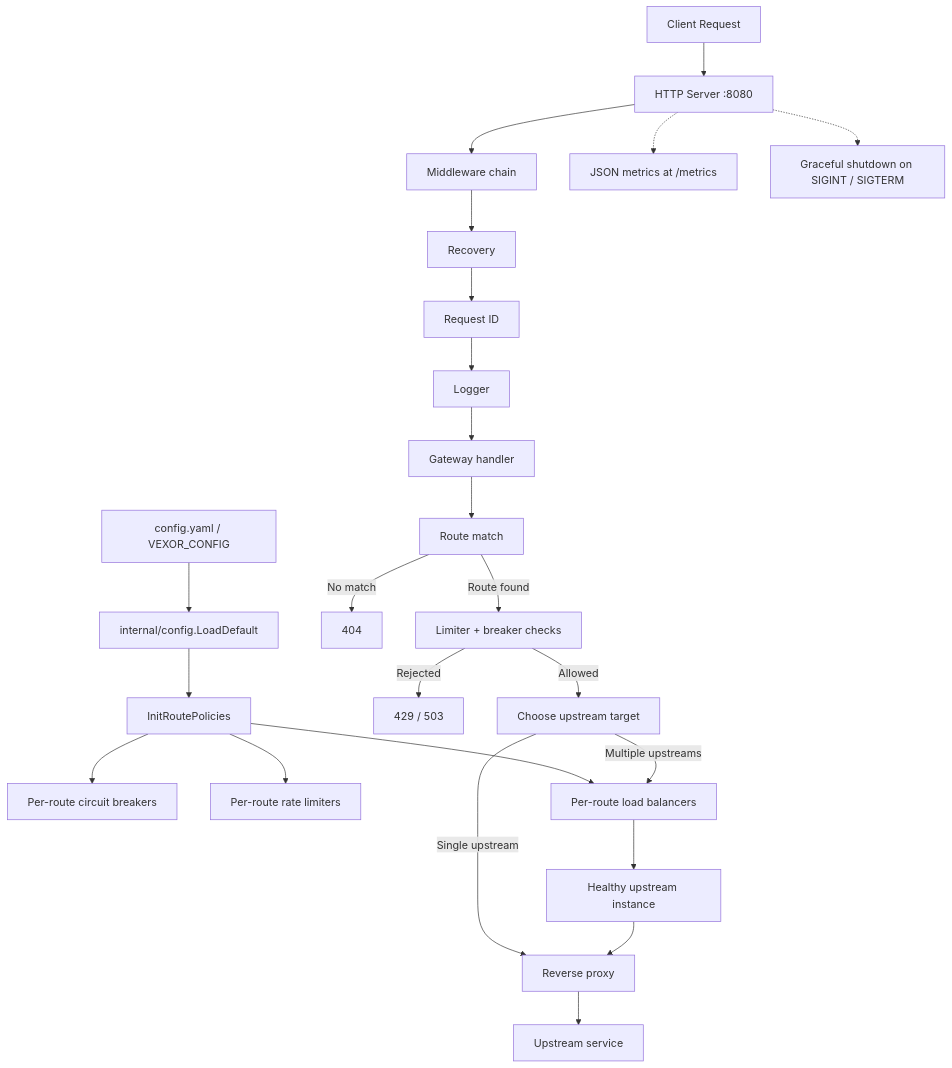
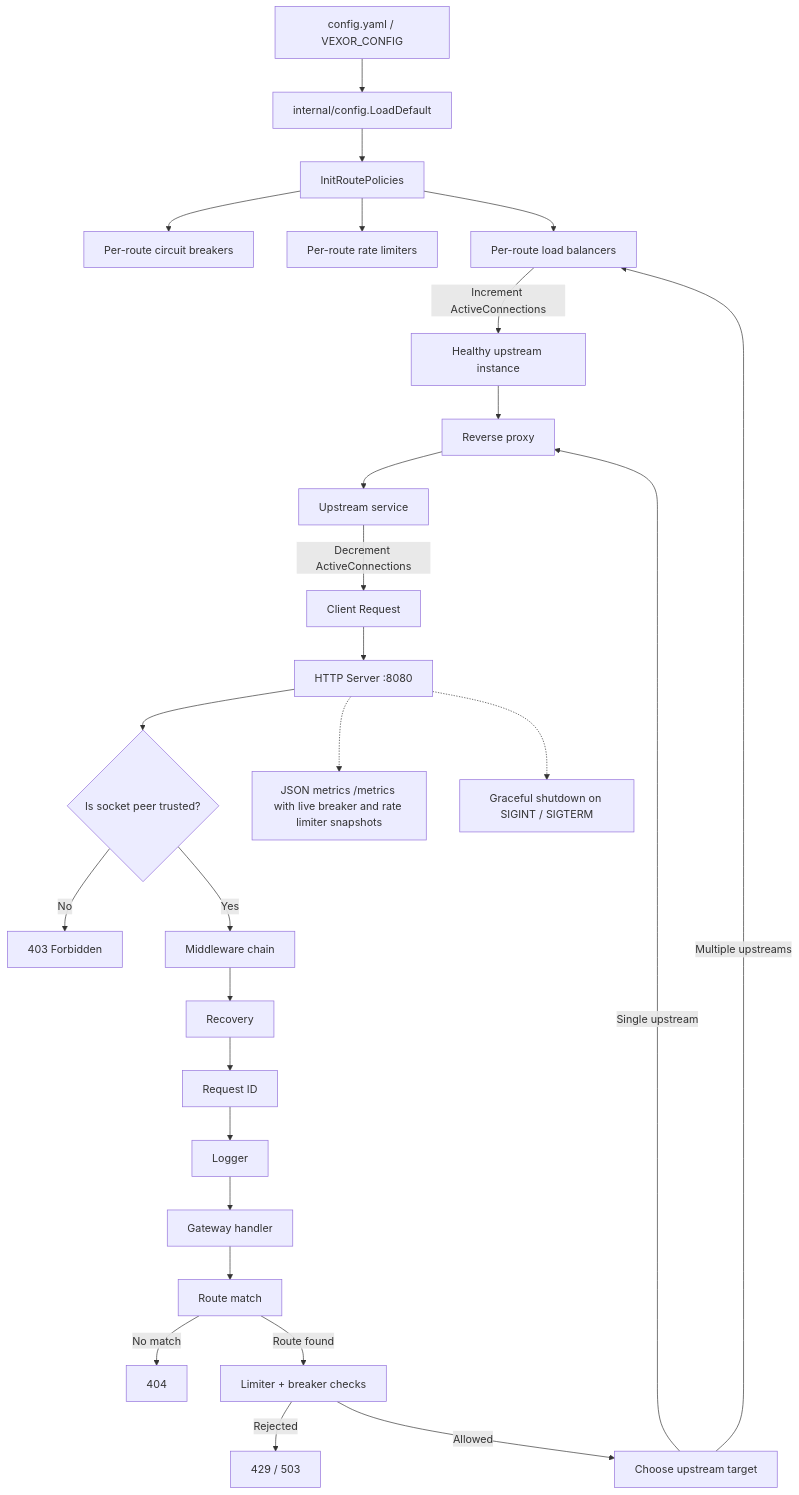
The first of 2 diagrams in README.md (jhanvi857/Vexor), drawn with Mermaid before and after one commit. The commit also changed other lines of this file, not shown here.

````diff
--- a/README.md
+++ b/README.md
@@ -9,29 +9,32 @@
 ```mermaid
 flowchart TD
     Config[config.yaml / VEXOR_CONFIG] --> Loader[internal/config.LoadDefault]
     Loader --> Policies[InitRoutePolicies]
     Policies --> Breakers[Per-route circuit breakers]
     Policies --> Limiters[Per-route rate limiters]
     Policies --> Balancers[Per-route load balancers]
 
     Client[Client Request] --> Listener[HTTP Server :8080]
-    Listener --> Chain[Middleware chain]
+    Listener --> PeerCheck{Is socket peer trusted?}
+    PeerCheck -->|No| Forbidden[403 Forbidden]
+    PeerCheck -->|Yes| Chain[Middleware chain]
     Chain --> Recovery[Recovery]
     Recovery --> RequestID[Request ID]
     RequestID --> Logger[Logger]
     Logger --> Handler[Gateway handler]
     Handler --> Route[Route match]
 
     Route -->|No match| NotFound[404]
     Route -->|Route found| PolicyCheck[Limiter + breaker checks]
     PolicyCheck -->|Rejected| Rejected[429 / 503]
     PolicyCheck -->|Allowed| Target[Choose upstream target]
     Target -->|Single upstream| Proxy[Reverse proxy]
     Target -->|Multiple upstreams| Balancers
-    Balancers --> Healthy[Healthy upstream instance]
+    Balancers -->|Increment ActiveConnections| Healthy[Healthy upstream instance]
     Healthy --> Proxy
     Proxy --> Upstream[Upstream service]
+    Upstream -->|Decrement ActiveConnections| Client
 
-    Listener -.-> Metrics[JSON metrics at /metrics]
+    Listener -.-> Metrics[JSON metrics /metrics with live breaker and rate limiter snapshots]
     Listener -.-> Shutdown[Graceful shutdown on SIGINT / SIGTERM]
 ```
````
